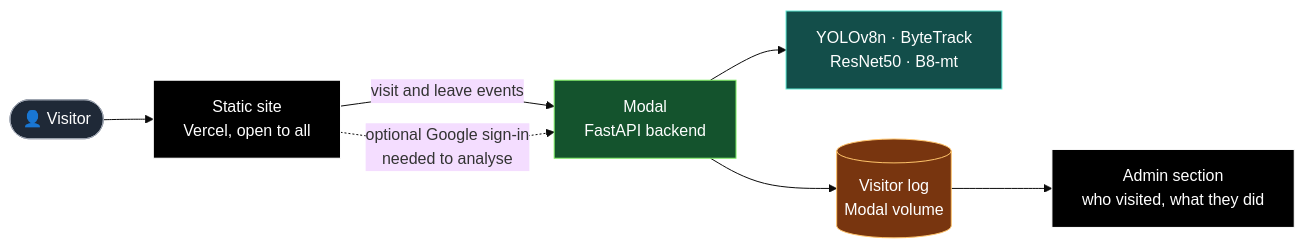
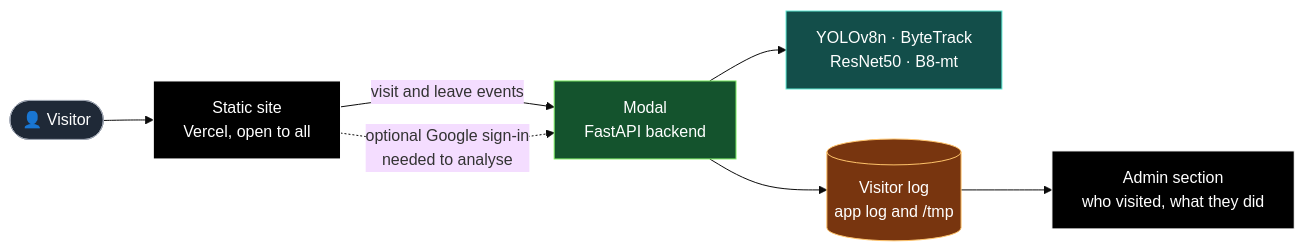
One commit to Eslamusamaaa/Volleyball-group-activity-recognition changed the third of 3 diagrams in README.md. Above: the diagram before and after it, drawn with Mermaid (base theme). The commit also changed other lines of this file and 2 other files, not shown here.

Commit message:
modal: stop mounting a Volume (storage is billed after the free credit); visitor log stays in the app log and the container; backups/ ignored

````diff
--- a/README.md
+++ b/README.md
@@ -152,14 +152,14 @@
 ```mermaid
 flowchart LR
     U([👤 Visitor]):::user --> F[Static site<br/>Vercel, open to all]:::vercel
     F -->|visit and leave events| API[Modal<br/>FastAPI backend]:::modal
     F -.->|optional Google sign-in<br/>needed to analyse| API
     API --> N[YOLOv8n · ByteTrack<br/>ResNet50 · B8-mt]:::model
-    API --> L[(Visitor log<br/>Modal volume)]:::store
+    API --> L[(Visitor log<br/>app log and /tmp)]:::store
     L --> A[Admin section<br/>who visited, what they did]:::vercel
     classDef user fill:#1f2937,stroke:#9ca3af,color:#fff
     classDef vercel fill:#000,stroke:#fff,color:#fff
     classDef modal fill:#14532d,stroke:#7fee64,color:#fff
     classDef model fill:#134e4a,stroke:#5eead4,color:#fff
     classDef store fill:#78350f,stroke:#ffc46b,color:#fff
 ```
````
